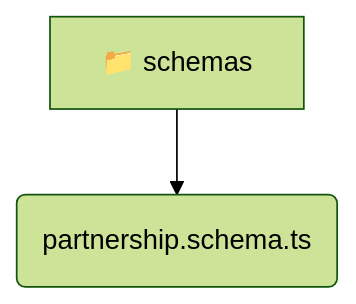
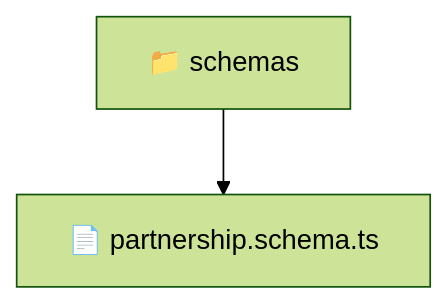
Before and after one commit to beginwebdev2002/fullstack-mavluda: the diagram in backend/src/modules/partnership/infrastructure/schemas/README.md, drawn with Mermaid (forest theme). The commit also changed other lines of this file and 163 other files, not shown here.

````diff
--- a/backend/src/modules/partnership/infrastructure/schemas/README.md
+++ b/backend/src/modules/partnership/infrastructure/schemas/README.md
@@ -9,5 +10,5 @@
 ```mermaid
 graph TD
-  schemas[📁 schemas]
-  schemas --> schemas_partnership_schema_ts(partnership.schema.ts)
+  Root["📁 schemas"]
+  Root --> partnershipschemats["📄 partnership.schema.ts"]
 ```
````
